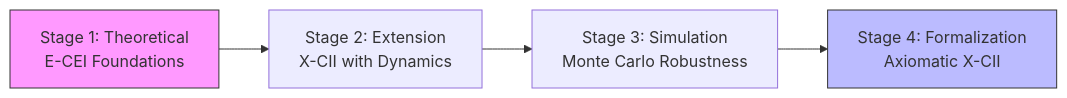
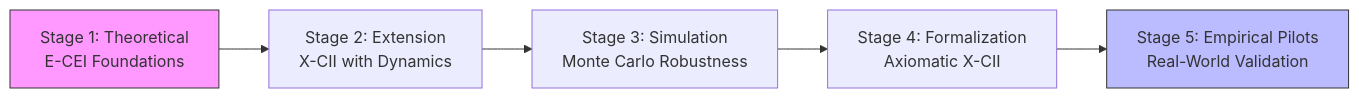
Before and after one commit to torisan-unya/awesome-hac-framework: the diagram in README.md, drawn with Mermaid. The commit also changed other lines of this file, not shown here.

````diff
--- a/README.md
+++ b/README.md
@@ -31,8 +32,9 @@
 ```mermaid
 flowchart LR
     A[Stage 1: Theoretical\nE-CEI Foundations] --> B[Stage 2: Extension\nX-CII with Dynamics]
     B --> C[Stage 3: Simulation\nMonte Carlo Robustness]
     C --> D[Stage 4: Formalization\nAxiomatic X-CII]
+    D --> E[Stage 5: Empirical Pilots\nReal-World Validation]
     style A fill:#f9f,stroke:#333
-    style D fill:#bbf,stroke:#333
+    style E fill:#bbf,stroke:#333
 ```
````
